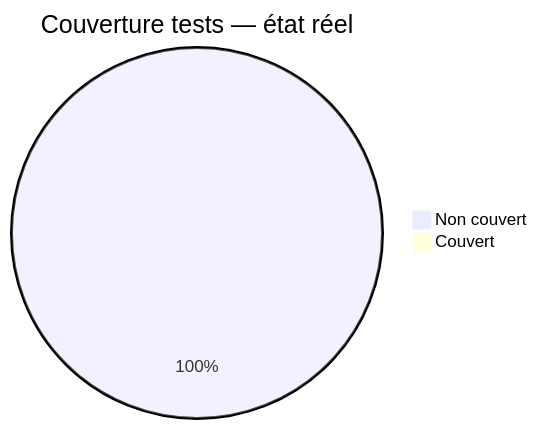
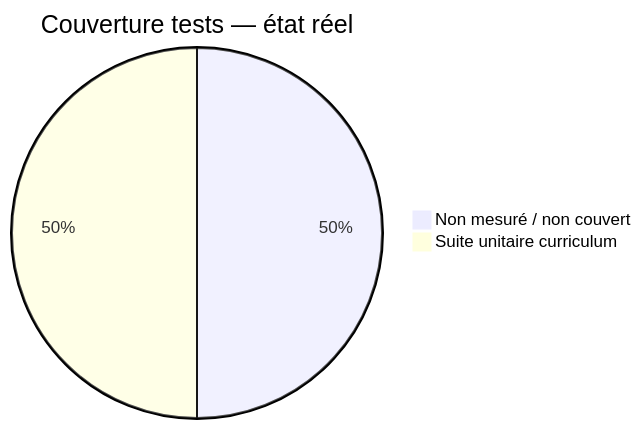
Before and after one commit to JavaChrist/Tai-Chi-AI-Coach: the second of 5 diagrams in docs/runtime/09_TEST_STATUS.md, drawn with Mermaid. The commit also changed other lines of this file and 59 other files, not shown here.

````diff
--- a/docs/runtime/09_TEST_STATUS.md
+++ b/docs/runtime/09_TEST_STATUS.md
@@ -95,5 +112,5 @@
 ```mermaid
 pie title Couverture tests — état réel
-  "Non couvert" : 100
-  "Couvert" : 0
+  "Non mesuré / non couvert" : 1
+  "Suite unitaire curriculum" : 1
 ```
````
